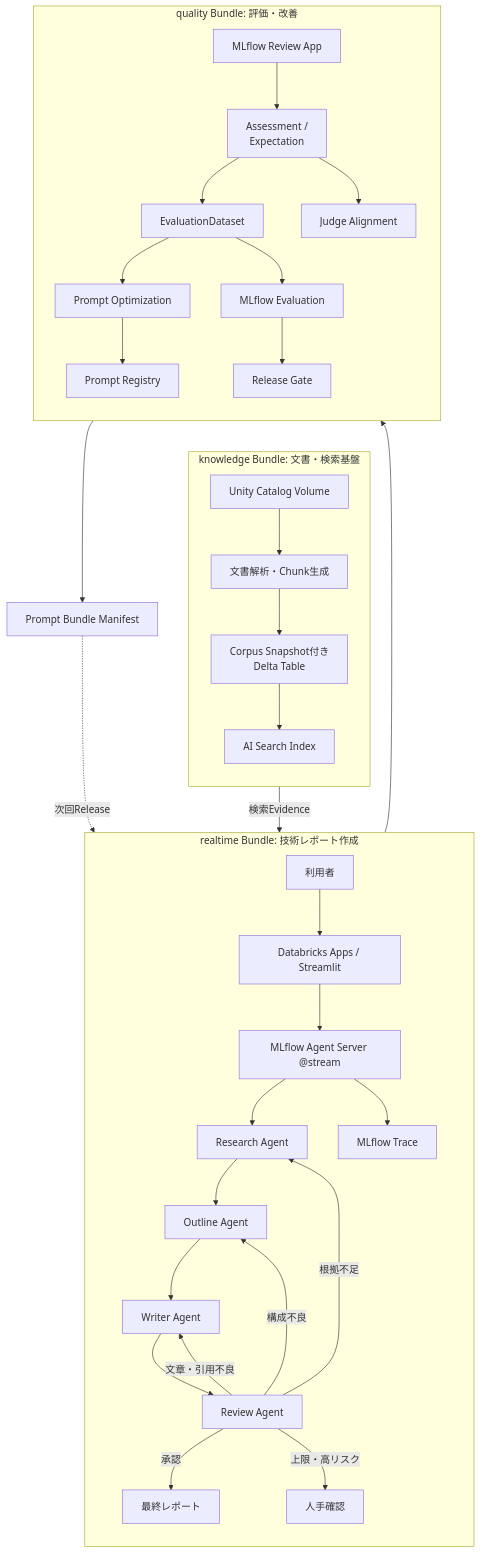
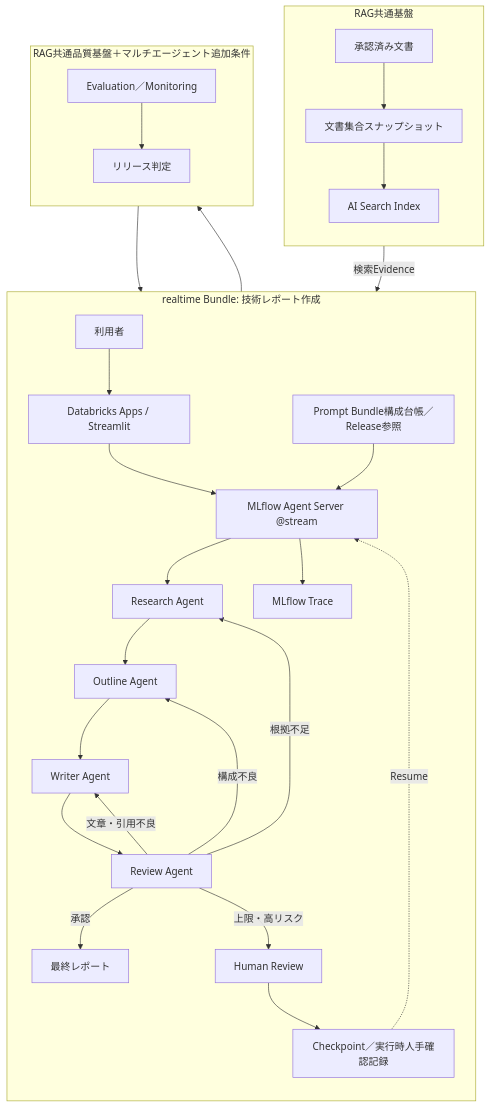
One commit to junTaniguchi/llm_ops changed diagram 11 of 17 in 技術レポート作成マルチエージェント_完成版.md. Above: the diagram before and after it, drawn with Mermaid. The commit also changed other lines of this file, not shown here.

````diff
--- a/技術レポート作成マルチエージェント_完成版.md
+++ b/技術レポート作成マルチエージェント_完成版.md
@@ -2371,41 +2356,35 @@
 ```mermaid
 flowchart TB
-    subgraph Knowledge["knowledge Bundle: 文書・検索基盤"]
+    subgraph Knowledge["RAG共通基盤"]
         direction TB
-        V["Unity Catalog Volume"] --> P["文書解析・Chunk生成"]
-        P --> D["Corpus Snapshot付き<br/>Delta Table"]
-        D --> I["AI Search Index"]
+        V["承認済み文書"] --> SNAP["文書集合スナップショット"]
+        SNAP --> I["AI Search Index"]
     end
 
     subgraph Realtime["realtime Bundle: 技術レポート作成"]
         direction TB
         U["利用者"] --> UI["Databricks Apps / Streamlit"]
         UI --> AS["MLflow Agent Server @stream"]
+        PB["Prompt Bundle構成台帳／Release参照"] --> AS
         AS --> RA["Research Agent"]
         I -->|検索Evidence| RA
         RA --> OA["Outline Agent"]
         OA --> WA["Writer Agent"]
         WA --> RV["Review Agent"]
         RV -->|承認| FR["最終レポート"]
         RV -->|根拠不足| RA
         RV -->|構成不良| OA
         RV -->|文章・引用不良| WA
-        RV -->|上限・高リスク| HR["人手確認"]
+        RV -->|上限・高リスク| HR["Human Review"]
+        HR --> CP["Checkpoint／実行時人手確認記録"]
+        CP -.->|Resume| AS
         AS --> T["MLflow Trace"]
     end
 
-    subgraph Quality["quality Bundle: 評価・改善"]
+    subgraph Quality["RAG共通品質基盤＋マルチエージェント追加条件"]
         direction TB
-        T --> APP["MLflow Review App"]
-        APP --> A["Assessment /<br/>Expectation"]
-        A --> ED["EvaluationDataset"]
-        ED --> EV["MLflow Evaluation"]
-        ED --> PO["Prompt Optimization"]
-        A --> JA["Judge Alignment"]
-        PO --> PR["Prompt Registry"]
-        EV --> G["Release Gate"]
+        T --> EV["Evaluation／Monitoring"]
+        EV --> G["リリース判定"]
+        G --> PB
     end
-
-    PR --> PB["Prompt Bundle Manifest"]
-    PB -.->|次回Release| AS
 ```
````
